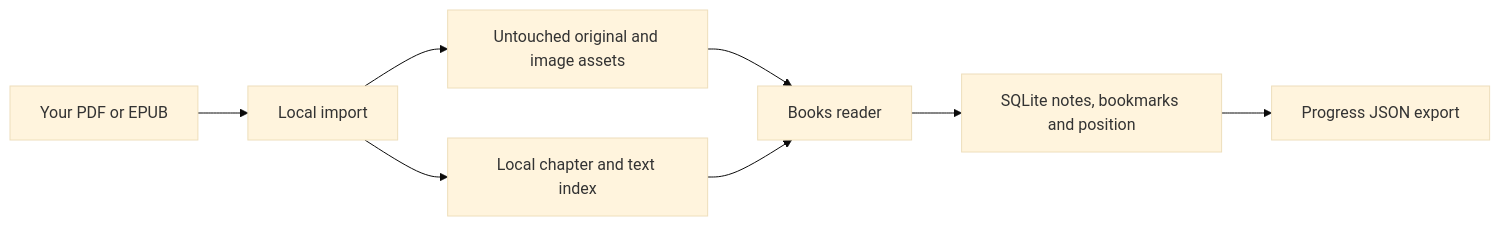
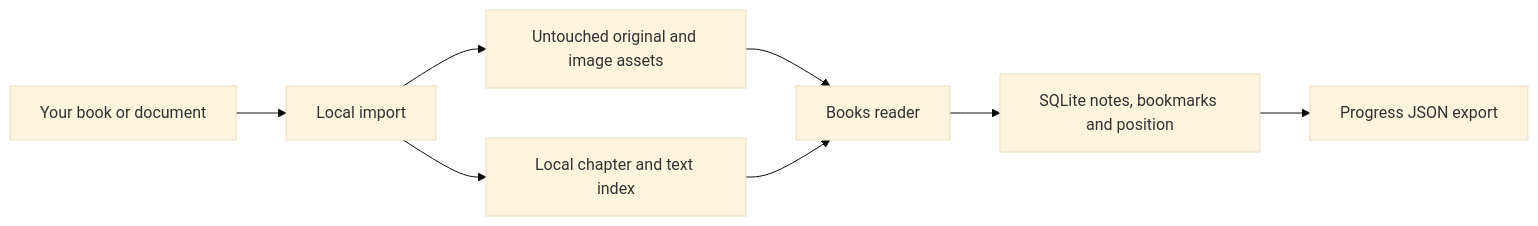
The diagram in docs/local-library.md (ShmalexM/ml-workshop), drawn with Mermaid (base theme) before and after one commit. The commit also changed other lines of this file and 2 other files, not shown here.

Commit message:
Document the supported file types, OCR and the page numbers

````diff
--- a/docs/local-library.md
+++ b/docs/local-library.md
@@ -73,10 +105,10 @@
 ```mermaid
 flowchart LR
-  A[Your PDF or EPUB] --> B[Local import]
+  A[Your book or document] --> B[Local import]
   B --> C[Untouched original and image assets]
   B --> D[Local chapter and text index]
   C --> E[Books reader]
   D --> E
   E --> F[SQLite notes, bookmarks and position]
   F --> G[Progress JSON export]
 ```
````
